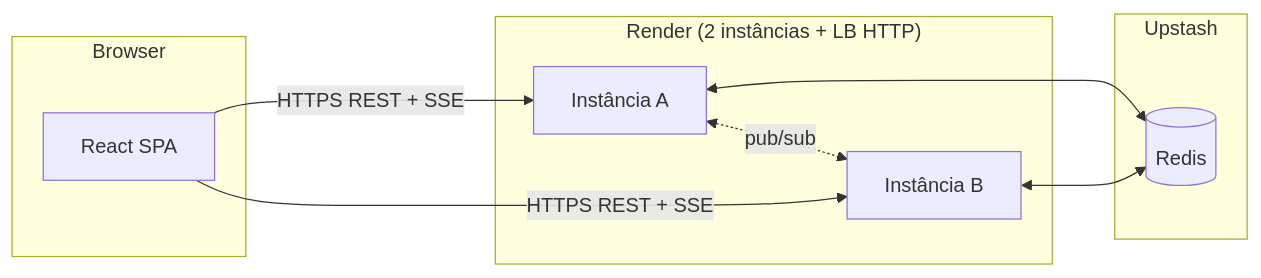
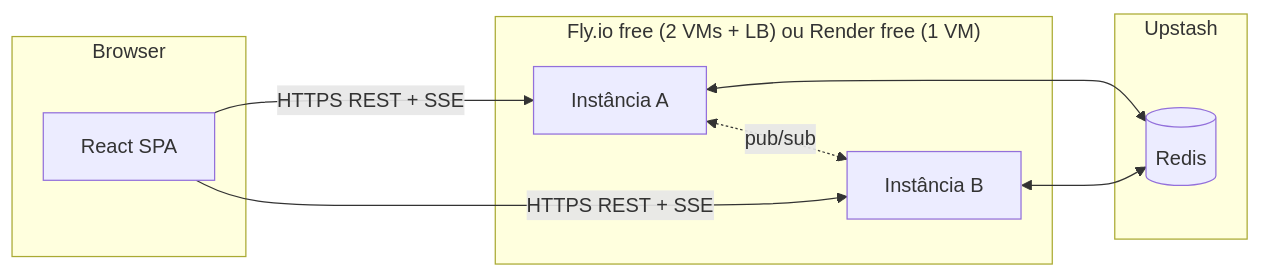
The diagram in docs/ARCHITECTURE.md (PedroCaurio/distributed-chat), drawn with Mermaid before and after one commit. The commit also changed other lines of this file and 10 other files, not shown here.

````diff
--- a/docs/ARCHITECTURE.md
+++ b/docs/ARCHITECTURE.md
@@ -5,18 +5,18 @@
 ```mermaid
 flowchart LR
   subgraph Browser
     FE[React SPA]
   end
-  subgraph Render["Render (2 instâncias + LB HTTP)"]
+  subgraph Cloud["Fly.io free (2 VMs + LB) ou Render free (1 VM)"]
     I1[Instância A]
     I2[Instância B]
   end
   subgraph Upstash
     R[(Redis)]
   end
   FE -->|HTTPS REST + SSE| I1
   FE -->|HTTPS REST + SSE| I2
   I1 <--> R
   I2 <--> R
   I1 <-. pub/sub .-> I2
 ```
````
